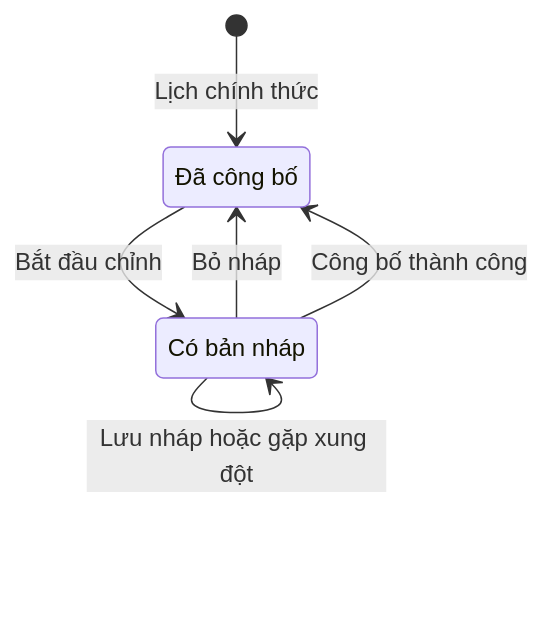
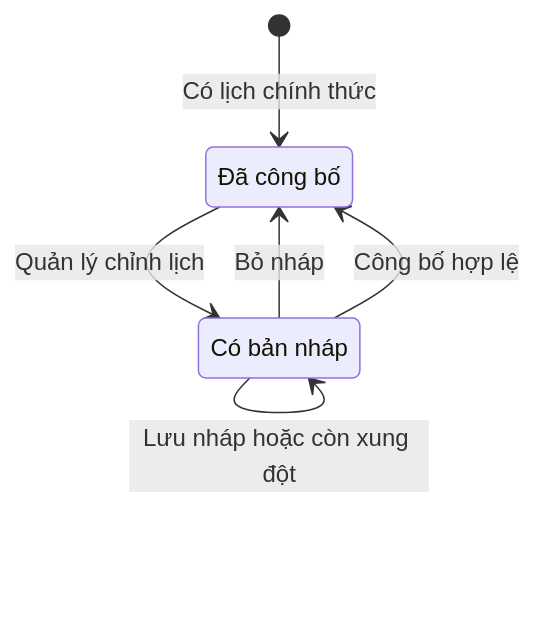
Before and after one commit to vlink-group/VlinkPay: the fifth of 6 diagrams in nexora/docs/business/pos-staff-schedule-booking-frontend-upgrade.md, drawn with Mermaid. The commit also changed other lines of this file, not shown here.

````diff
--- a/nexora/docs/business/pos-staff-schedule-booking-frontend-upgrade.md
+++ b/nexora/docs/business/pos-staff-schedule-booking-frontend-upgrade.md
@@ -282,10 +278,10 @@
 ```mermaid
 stateDiagram-v2
     state "Đã công bố" as Published
     state "Có bản nháp" as Draft
-    [*] --> Published: Lịch chính thức
-    Published --> Draft: Bắt đầu chỉnh
-    Draft --> Draft: Lưu nháp hoặc gặp xung đột
+    [*] --> Published: Có lịch chính thức
+    Published --> Draft: Quản lý chỉnh lịch
+    Draft --> Draft: Lưu nháp hoặc còn xung đột
     Draft --> Published: Bỏ nháp
-    Draft --> Published: Công bố thành công
+    Draft --> Published: Công bố hợp lệ
 ```
````
